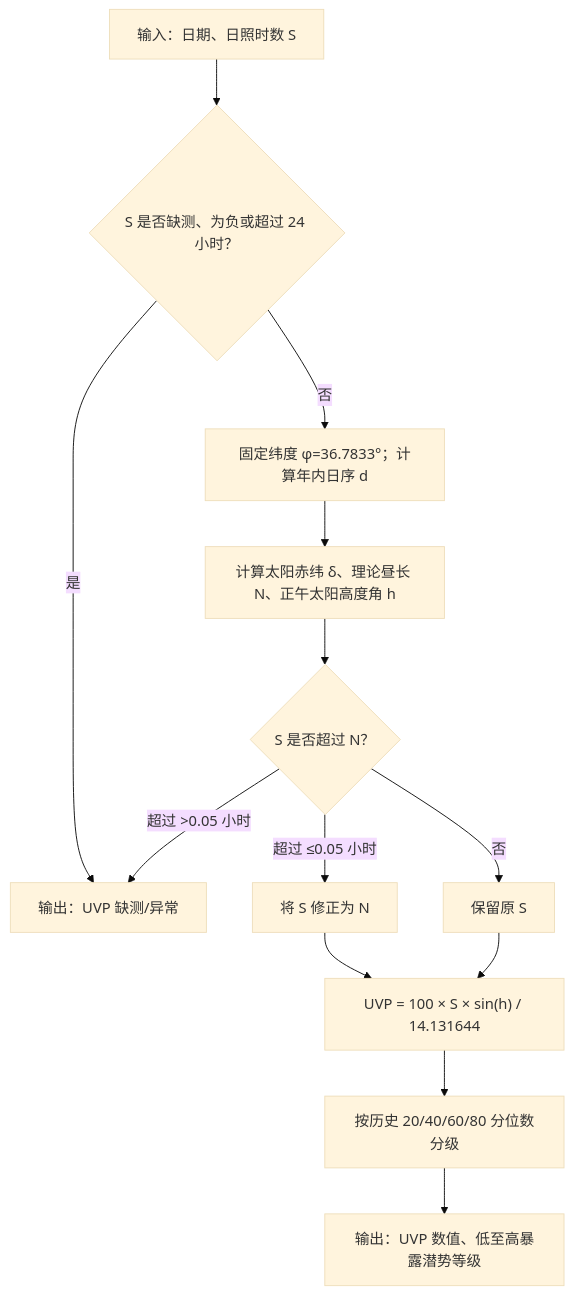
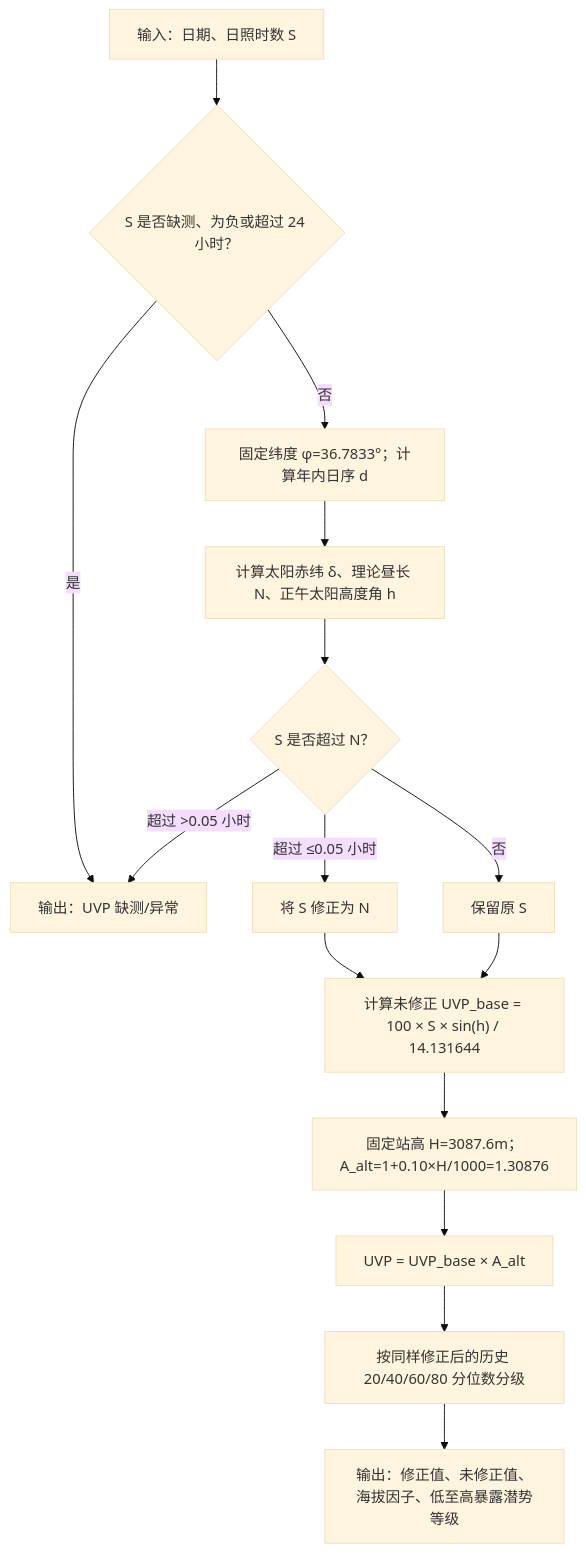
The first of 5 diagrams in docs/LOGIC_FLOWS.md (liu1995xin-hash/Tourism-Weather-Index), drawn with Mermaid (base theme) before and after one commit. The commit also changed other lines of this file and 5 other files, not shown here.

````diff
--- a/docs/LOGIC_FLOWS.md
+++ b/docs/LOGIC_FLOWS.md
@@ -21,15 +22,17 @@
 ```mermaid
 flowchart TD
     A["输入：日期、日照时数 S"] --> B{"S 是否缺测、为负或超过 24 小时？"}
     B -- 是 --> X["输出：UVP 缺测/异常"]
     B -- 否 --> C["固定纬度 φ=36.7833°；计算年内日序 d"]
     C --> D["计算太阳赤纬 δ、理论昼长 N、正午太阳高度角 h"]
     D --> E{"S 是否超过 N？"}
     E -- "超过 >0.05 小时" --> X
     E -- "超过 ≤0.05 小时" --> F["将 S 修正为 N"]
     E -- 否 --> G["保留原 S"]
-    F --> H["UVP = 100 × S × sin(h) / 14.131644"]
+    F --> H["计算未修正 UVP_base = 100 × S × sin(h) / 14.131644"]
     G --> H
-    H --> I["按历史 20/40/60/80 分位数分级"]
-    I --> J["输出：UVP 数值、低至高暴露潜势等级"]
+    H --> I["固定站高 H=3087.6m；A_alt=1+0.10×H/1000=1.30876"]
+    I --> J["UVP = UVP_base × A_alt"]
+    J --> K["按同样修正后的历史 20/40/60/80 分位数分级"]
+    K --> L["输出：修正值、未修正值、海拔因子、低至高暴露潜势等级"]
 ```
````
